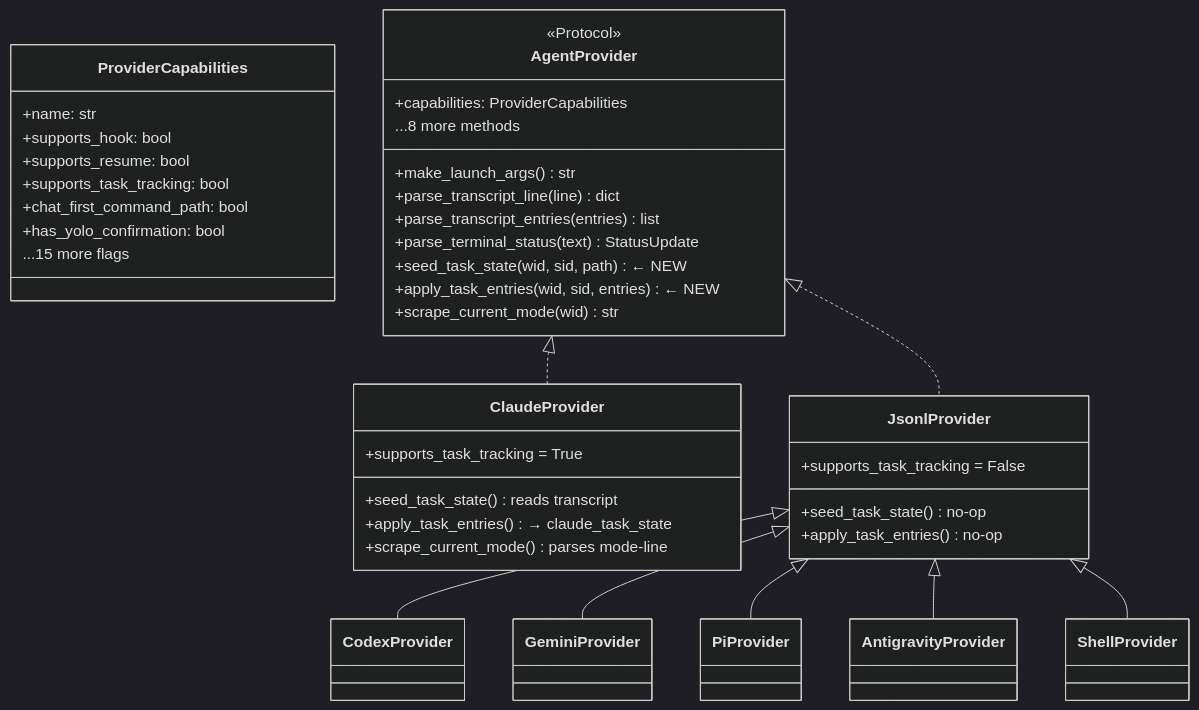
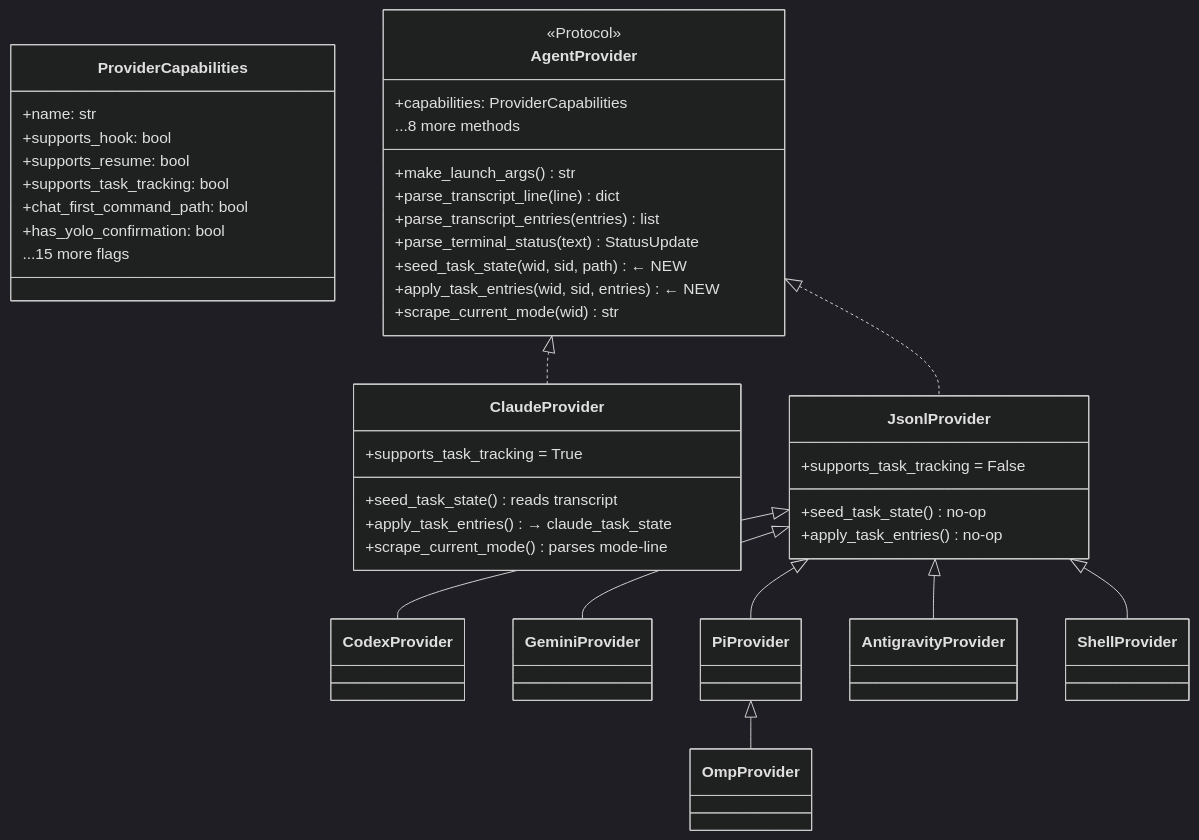
Before and after one commit to alexei-led/ccgram: the fourth of 8 diagrams in docs/architecture.md, drawn with Mermaid (dark theme). The commit also changed other lines of this file and 5 other files, not shown here.

````diff
--- a/docs/architecture.md
+++ b/docs/architecture.md
@@ -173,52 +174,54 @@
 ```mermaid
 classDiagram
     class ProviderCapabilities {
         +name: str
         +supports_hook: bool
         +supports_resume: bool
         +supports_task_tracking: bool
         +chat_first_command_path: bool
         +has_yolo_confirmation: bool
         ...15 more flags
     }
 
     class AgentProvider {
         <<Protocol>>
         +capabilities: ProviderCapabilities
         +make_launch_args() str
         +parse_transcript_line(line) dict
         +parse_transcript_entries(entries) list
         +parse_terminal_status(text) StatusUpdate
         +seed_task_state(wid, sid, path) ← NEW
         +apply_task_entries(wid, sid, entries) ← NEW
         +scrape_current_mode(wid) str
         ...8 more methods
     }
 
     class ClaudeProvider {
         +supports_task_tracking = True
         +seed_task_state() reads transcript
         +apply_task_entries() → claude_task_state
         +scrape_current_mode() parses mode-line
     }
 
     class JsonlProvider {
         +supports_task_tracking = False
         +seed_task_state() no-op
         +apply_task_entries() no-op
     }
 
     class CodexProvider
     class GeminiProvider
     class PiProvider
+    class OmpProvider
     class AntigravityProvider
     class ShellProvider
 
     AgentProvider <|.. ClaudeProvider
     AgentProvider <|.. JsonlProvider
     JsonlProvider <|-- CodexProvider
     JsonlProvider <|-- GeminiProvider
     JsonlProvider <|-- PiProvider
+    PiProvider <|-- OmpProvider
     JsonlProvider <|-- AntigravityProvider
     JsonlProvider <|-- ShellProvider
 ```
````
